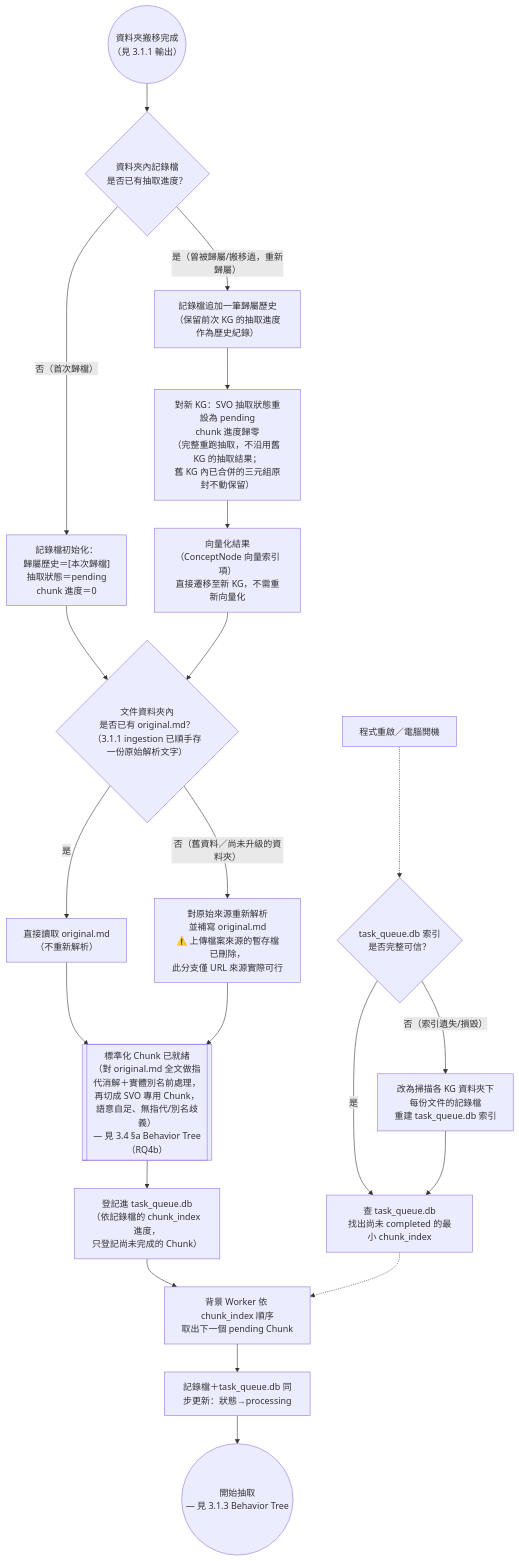
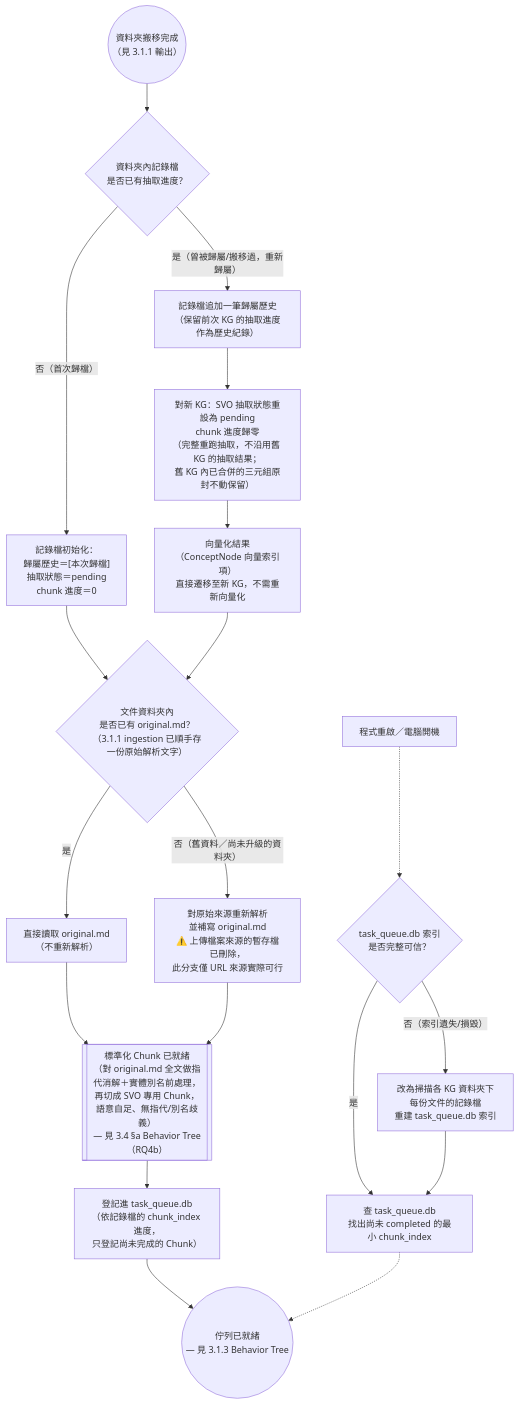
One commit to Chester930/world-knowledge-graph-rag changed the fourth of 12 diagrams in docs/論文/03_系統設計與方法論.md. Above: the diagram before and after it, drawn with Mermaid. The commit also changed other lines of this file, not shown here.

First line of the commit message:
docs(論文): 3.1.2 拆出佇列消費者端（Worker/PROC）至 3.1.3，生產者/消費者分工更乾淨

````diff
--- a/docs/論文/03_系統設計與方法論.md
+++ b/docs/論文/03_系統設計與方法論.md
@@ -164,28 +164,26 @@
 ```mermaid
 flowchart TD
     RECORD2(("資料夾搬移完成<br/>（見 3.1.1 輸出）")) --> HASRECORD{"資料夾內記錄檔<br/>是否已有抽取進度？"}
     HASRECORD -->|"否（首次歸檔）"| INITREC["記錄檔初始化：<br/>歸屬歷史＝[本次歸檔]<br/>抽取狀態＝pending<br/>chunk 進度＝0"]
     HASRECORD -->|"是（曾被歸屬/搬移過，重新歸屬）"| APPENDREC["記錄檔追加一筆歸屬歷史<br/>（保留前次 KG 的抽取進度作為歷史紀錄）"]
     APPENDREC --> RESETEXTRACT["對新 KG：SVO 抽取狀態重設為 pending<br/>chunk 進度歸零<br/>（完整重跑抽取，不沿用舊 KG 的抽取結果；<br/>舊 KG 內已合併的三元組原封不動保留）"]
     RESETEXTRACT --> MIGRATEVEC["向量化結果（ConceptNode 向量索引項）<br/>直接遷移至新 KG，不需重新向量化"]
 
     INITREC --> GETORIG
     MIGRATEVEC --> GETORIG
 
     GETORIG{"文件資料夾內<br/>是否已有 original.md？<br/>（3.1.1 ingestion 已順手存一份原始解析文字）"}
     GETORIG -->|是| READORIG["直接讀取 original.md<br/>（不重新解析）"]
     GETORIG -->|"否（舊資料／尚未升級的資料夾）"| REPARSE["對原始來源重新解析<br/>並補寫 original.md<br/>⚠️ 上傳檔案來源的暫存檔已刪除，<br/>此分支僅 URL 來源實際可行"]
     READORIG --> CHUNKREADY
     REPARSE --> CHUNKREADY
 
     CHUNKREADY[["標準化 Chunk 已就緒<br/>（對 original.md 全文做指代消解＋實體別名前處理，<br/>再切成 SVO 專用 Chunk，語意自足、無指代/別名歧義）<br/>— 見 3.4 §a Behavior Tree（RQ4b）"]] --> ENQUEUE["登記進 task_queue.db<br/>（依記錄檔的 chunk_index 進度，<br/>只登記尚未完成的 Chunk）"]
-    ENQUEUE --> WORKER["背景 Worker 依 chunk_index 順序<br/>取出下一個 pending Chunk"]
-    WORKER --> PROC["記錄檔＋task_queue.db 同步更新：狀態→processing"]
-    PROC --> HANDOFF(("開始抽取<br/>— 見 3.1.3 Behavior Tree"))
+    ENQUEUE --> READY(("佇列已就緒<br/>— 見 3.1.3 Behavior Tree"))
 
     RESTART["程式重啟／電腦開機"] -.-> TRUST{"task_queue.db 索引<br/>是否完整可信？"}
     TRUST -->|是| SCAN["查 task_queue.db<br/>找出尚未 completed 的最小 chunk_index"]
     TRUST -->|"否（索引遺失/損毀）"| REBUILD["改為掃描各 KG 資料夾下<br/>每份文件的記錄檔<br/>重建 task_queue.db 索引"]
     REBUILD --> SCAN
-    SCAN -.-> WORKER
+    SCAN -.-> READY
 ```
````
